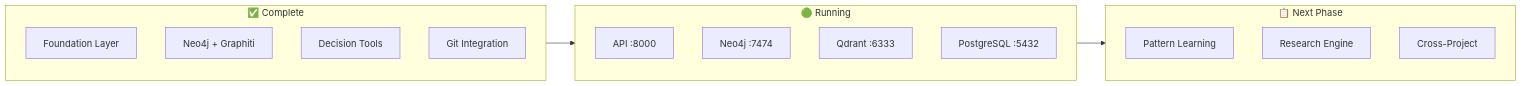
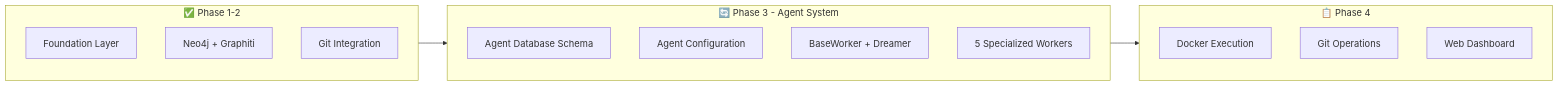
One commit to zad0xlik/sigma-evolve changed the first of 2 diagrams in memory-bank/activeContext.md. Above: the diagram before and after it, drawn with Mermaid. The commit also changed other lines of this file and 41 other files, not shown here.

````diff
--- a/memory-bank/activeContext.md
+++ b/memory-bank/activeContext.md
@@ -8,24 +35,23 @@
 ```mermaid
 flowchart LR
-    subgraph Complete["✅ Complete"]
+    subgraph Complete["✅ Phase 1-2"]
         FOUND[Foundation Layer]
         NEO[Neo4j + Graphiti]
-        TOOLS[Decision Tools]
         GIT[Git Integration]
     end
     
-    subgraph Running["🟢 Running"]
-        API[API :8000]
-        NEO4J[Neo4j :7474]
-        QD[Qdrant :6333]
-        PG[PostgreSQL :5432]
+    subgraph Current["🔄 Phase 3 - Agent System"]
+        DB[Agent Database Schema]
+        CONFIG[Agent Configuration]
+        BASE[BaseWorker + Dreamer]
+        WORKERS[5 Specialized Workers]
     end
     
-    subgraph Next["📋 Next Phase"]
-        PATTERN[Pattern Learning]
-        RESEARCH[Research Engine]
-        CROSS[Cross-Project]
+    subgraph Next["📋 Phase 4"]
+        EXEC[Docker Execution]
+        OPS[Git Operations]
+        UI[Web Dashboard]
     end
     
-    Complete --> Running --> Next
+    Complete --> Current --> Next
 ```
````
